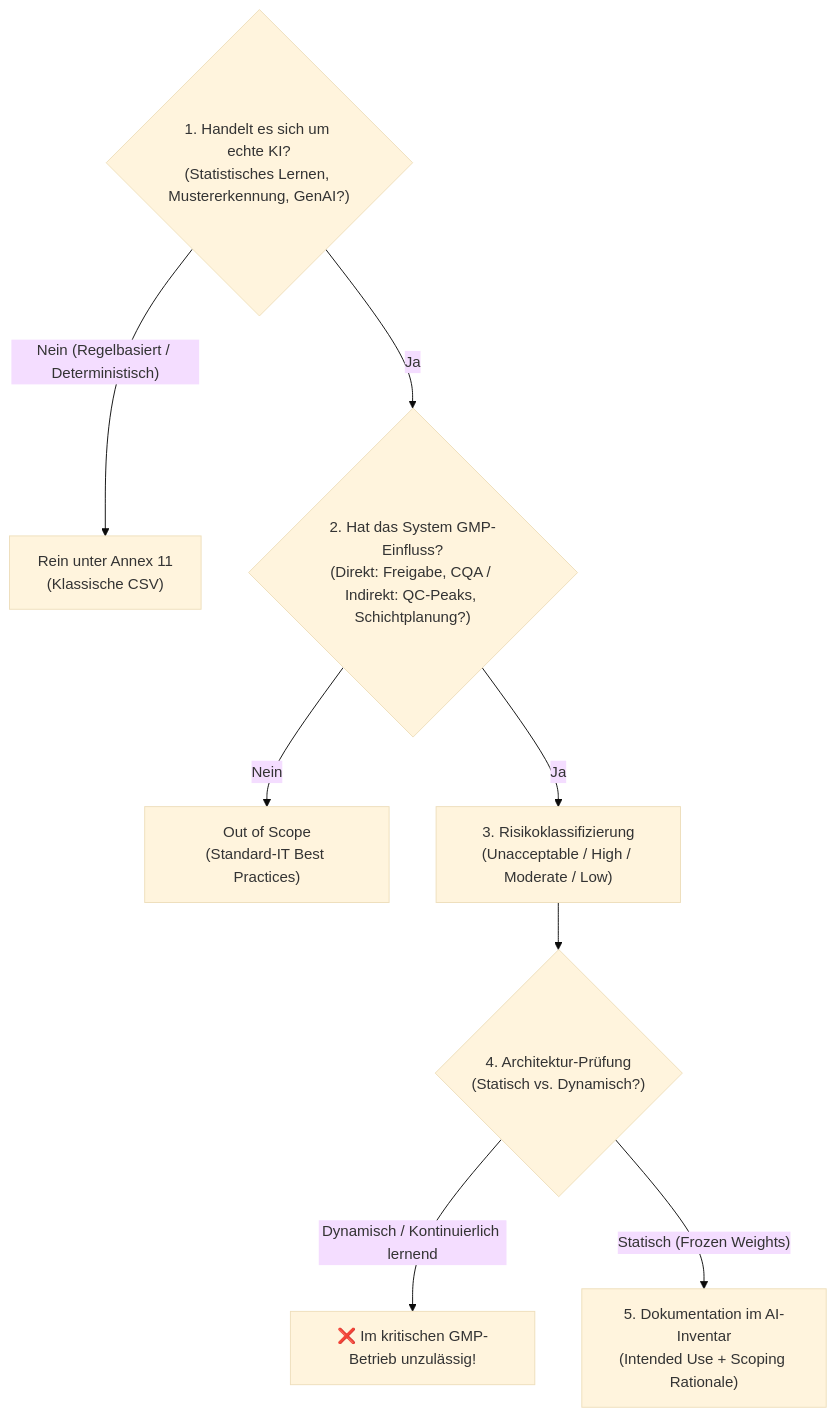
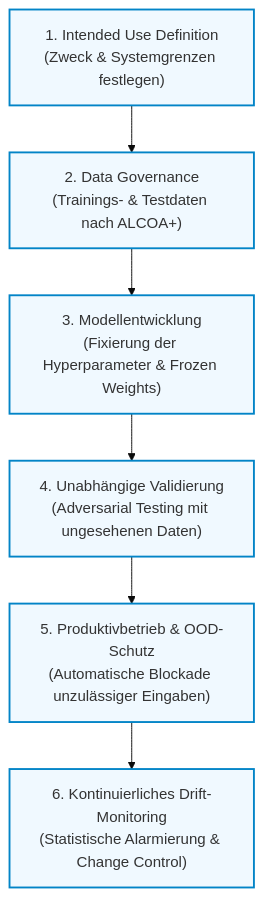
Before and after one commit to Lunaman06/Annex22: the second of 2 diagrams in docs/annex22_regulatory_framework.md, drawn with Mermaid (base theme). The commit also changed other lines of this file, not shown here.

Commit message:
docs: streamline master overview into executive roadmap with clear module signposts

````diff
--- a/docs/annex22_regulatory_framework.md
+++ b/docs/annex22_regulatory_framework.md
@@ -45,11 +32,15 @@
 ```mermaid
 flowchart TD
-    S1{"1. Handelt es sich um echte KI?<br/>(Statistisches Lernen, Mustererkennung, GenAI?)"}
-    S1 -- Nein (Regelbasiert / Deterministisch) --> OUT1["Rein unter Annex 11<br/>(Klassische CSV)"]
-    S1 -- Ja --> S2{"2. Hat das System GMP-Einfluss?<br/>(Direkt: Freigabe, CQA / Indirekt: QC-Peaks, Schichtplanung?)"}
-    S2 -- Nein --> OUT2["Out of Scope<br/>(Standard-IT Best Practices)"]
-    S2 -- Ja --> S3["3. Risikoklassifizierung<br/>(Unacceptable / High / Moderate / Low)"]
-    S3 --> S4{"4. Architektur-Prüfung<br/>(Statisch vs. Dynamisch?)"}
-    S4 -- Dynamisch / Kontinuierlich lernend --> BLOCKED["❌ Im kritischen GMP-Betrieb unzulässig!"]
-    S4 -- Statisch (Frozen Weights) --> S5["5. Dokumentation im AI-Inventar<br/>(Intended Use + Scoping Rationale)"]
+    M1["1. Intended Use Definition<br/>(Zweck & Systemgrenzen festlegen)"] --> M2["2. Data Governance<br/>(Trainings- & Testdaten nach ALCOA+)"]
+    M2 --> M3["3. Modellentwicklung<br/>(Fixierung der Hyperparameter & Frozen Weights)"]
+    M3 --> M4["4. Unabhängige Validierung<br/>(Adversarial Testing mit ungesehenen Daten)"]
+    M4 --> M5["5. Produktivbetrieb & OOD-Schutz<br/>(Automatische Blockade unzulässiger Eingaben)"]
+    M5 --> M6["6. Kontinuierliches Drift-Monitoring<br/>(Statistische Alarmierung & Change Control)"]
+
+    style M1 fill:#f0f9ff,stroke:#0284c7,stroke-width:2px
+    style M2 fill:#f0f9ff,stroke:#0284c7,stroke-width:2px
+    style M3 fill:#f0f9ff,stroke:#0284c7,stroke-width:2px
+    style M4 fill:#f0f9ff,stroke:#0284c7,stroke-width:2px
+    style M5 fill:#f0f9ff,stroke:#0284c7,stroke-width:2px
+    style M6 fill:#f0f9ff,stroke:#0284c7,stroke-width:2px
 ```
````
